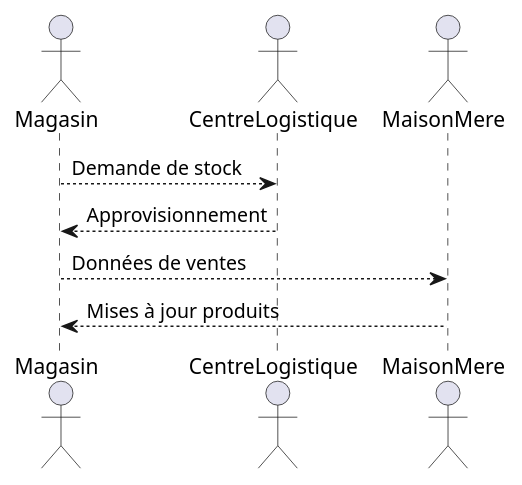
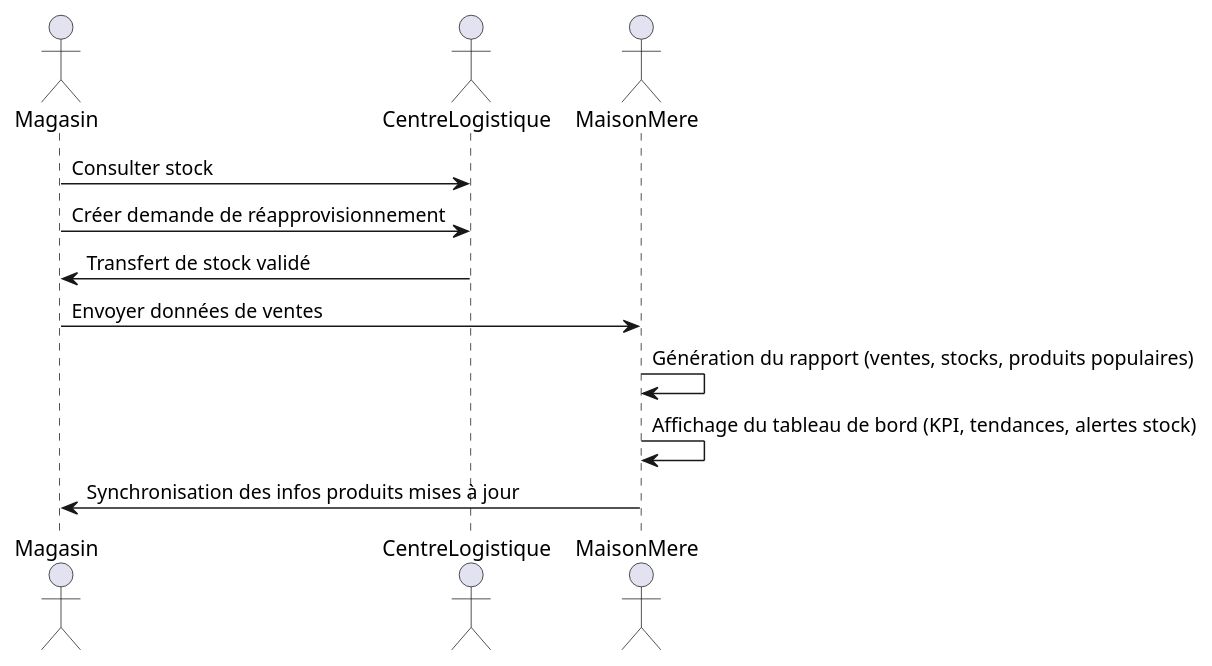
Before and after one commit to LawrenceLiang02/LOG430_ETAPE1: the diagram in docs/UML/lab2/vueprocessus.puml, drawn with PlantUML. The commit also changed 6 other files, not shown here.

Commit message:
new diagrams

```diff
--- a/docs/UML/lab2/vueprocessus.puml
+++ b/docs/UML/lab2/vueprocessus.puml
@@ -1,10 +1,18 @@
 @startuml vueprocessus
 actor Magasin
 actor CentreLogistique
 actor MaisonMere
 
-Magasin --> CentreLogistique : Demande de stock
-CentreLogistique --> Magasin : Approvisionnement
-Magasin --> MaisonMere : Données de ventes
-MaisonMere --> Magasin : Mises à jour produits
+Magasin -> CentreLogistique : Consulter stock
+Magasin -> CentreLogistique : Créer demande de réapprovisionnement
+
+CentreLogistique -> Magasin : Transfert de stock validé
+
+Magasin -> MaisonMere : Envoyer données de ventes
+MaisonMere -> MaisonMere : Génération du rapport (ventes, stocks, produits populaires)
+
+MaisonMere -> MaisonMere : Affichage du tableau de bord (KPI, tendances, alertes stock)
+
+MaisonMere -> Magasin : Synchronisation des infos produits mises à jour
+
 @enduml
```
